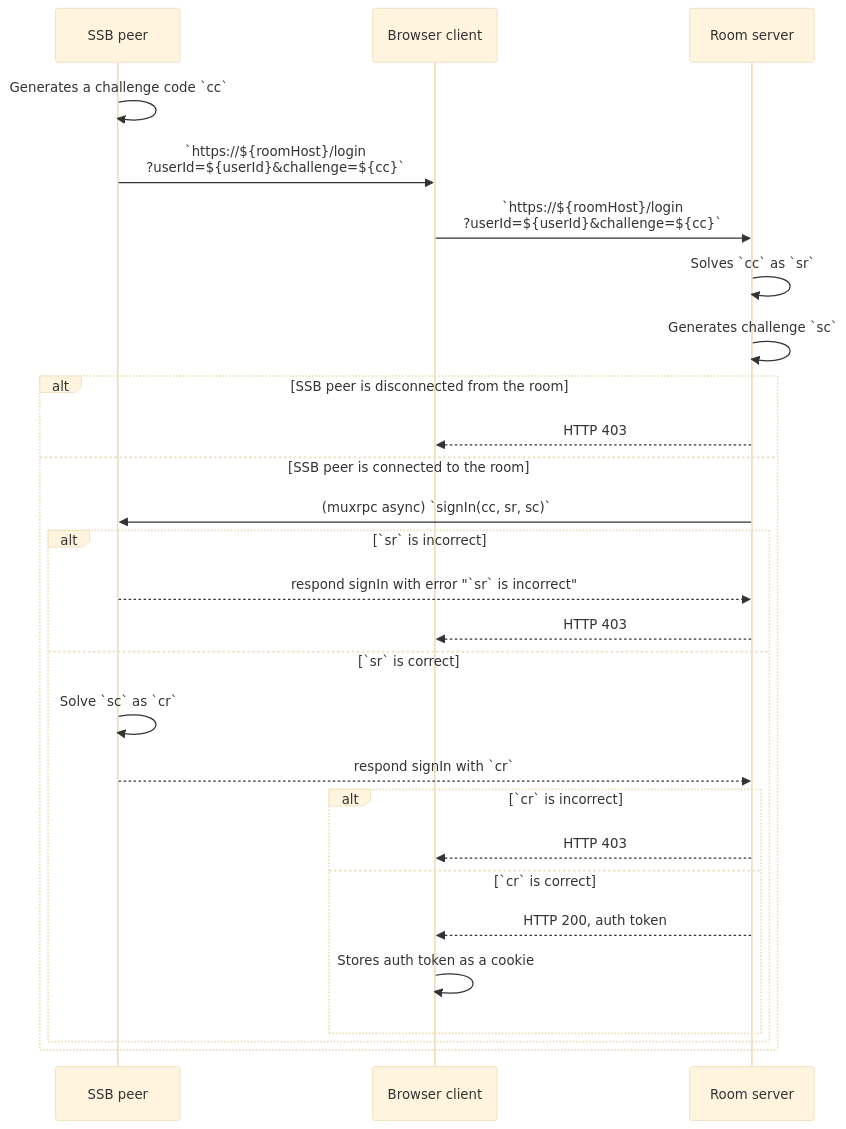
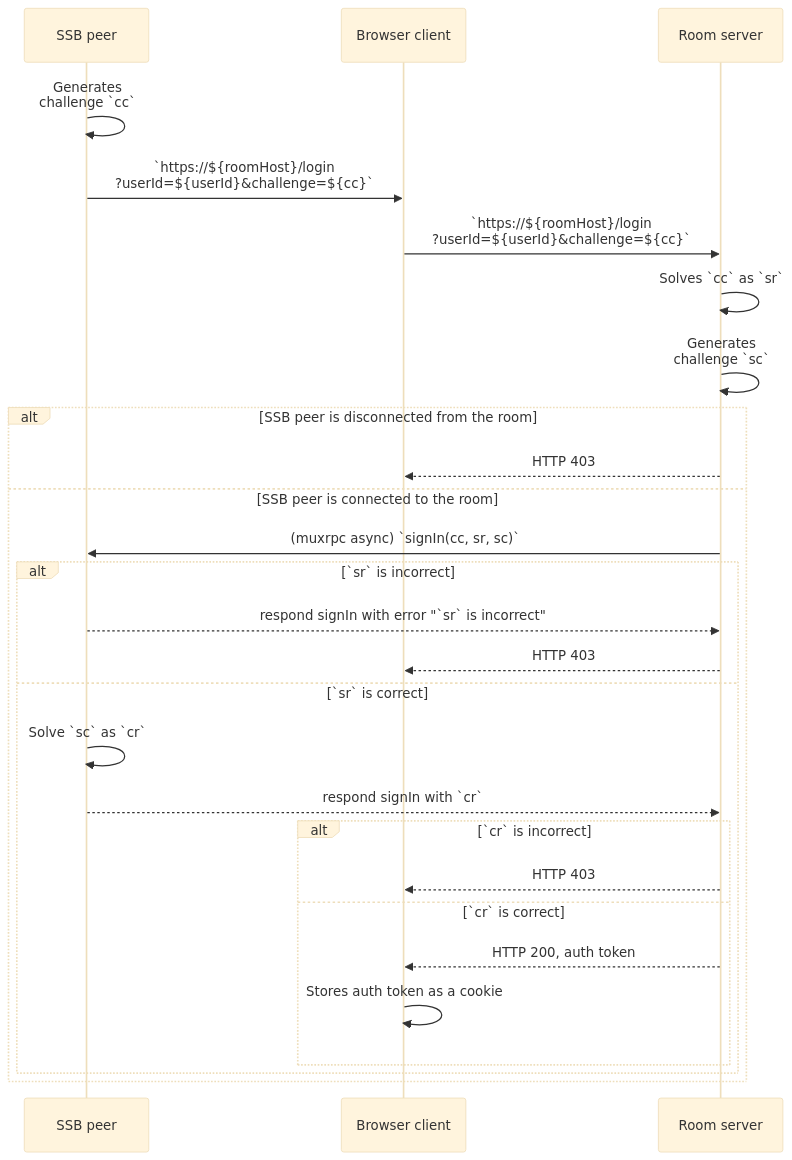
One commit to ssbc/rooms2 changed the diagram in docs/Setup/Sign-in with SSB.md. Above: the diagram before and after it, drawn with Mermaid (base theme).

Commit message:
tweak signin UML diagram

````diff
--- a/docs/Setup/Sign-in with SSB.md
+++ b/docs/Setup/Sign-in with SSB.md
@@ -9,30 +9,30 @@
 ```mermaid
 sequenceDiagram
   participant Umux as SSB peer
   participant Uweb as Browser client
   participant R as Room server
 
-  Umux->>Umux: Generates a challenge code `cc`
+  Umux->>Umux: Generates<br/>challenge `cc`
   Umux->>Uweb: `https://${roomHost}/login<br/>?userId=${userId}&challenge=${cc}`
   Uweb->>R: `https://${roomHost}/login<br/>?userId=${userId}&challenge=${cc}`
   R->>R: Solves `cc` as `sr`
-  R->>R: Generates challenge `sc`
+  R->>R: Generates<br/>challenge `sc`
   alt SSB peer is disconnected from the room
     R-->>Uweb: HTTP 403
   else SSB peer is connected to the room
     R->>Umux: (muxrpc async) `signIn(cc, sr, sc)`
     alt `sr` is incorrect
       Umux-->>R: respond signIn with error "`sr` is incorrect"
       R-->>Uweb: HTTP 403
     else `sr` is correct
       Umux->>Umux: Solve `sc` as `cr`
       Umux-->>R: respond signIn with `cr`
       alt `cr` is incorrect
         R-->>Uweb: HTTP 403
       else `cr` is correct
         R-->>Uweb: HTTP 200, auth token
         Uweb->>Uweb: Stores auth token as a cookie
       end
     end
   end
 ```
````
